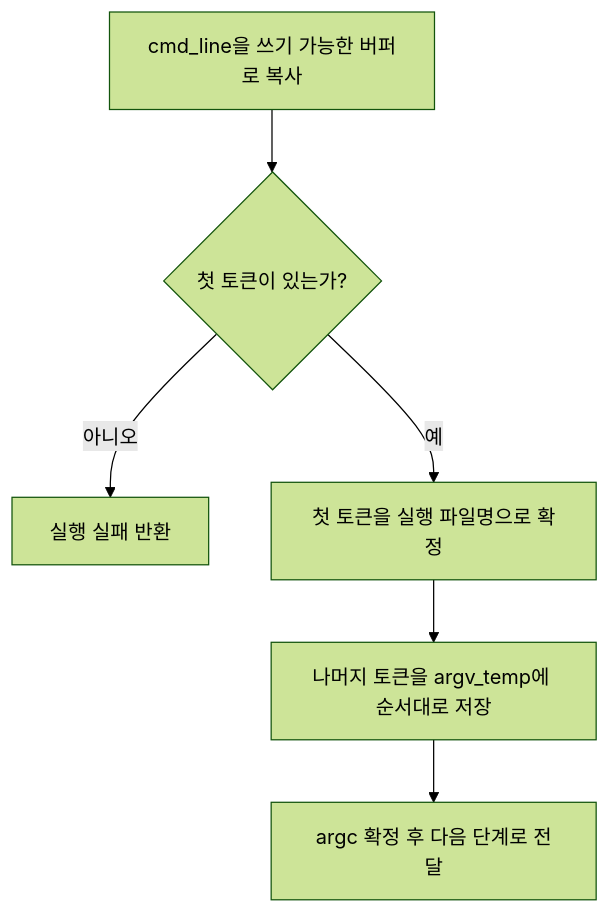
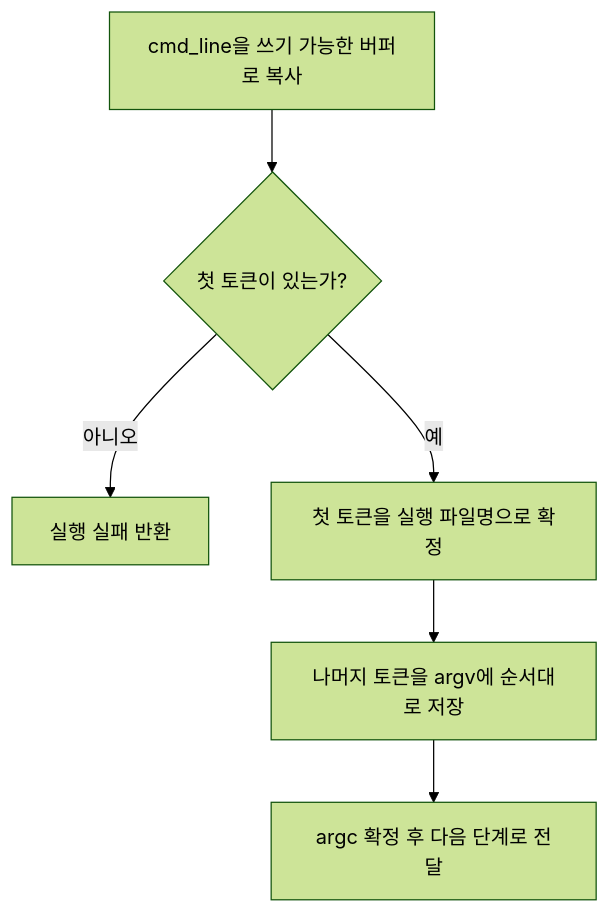
The diagram in pintos/doc/taejung_files/2. week2/study/2. test-notes/argument_passing/1. feature/02-feature-parse-command-line.md (tail1887/PINTOS-VM), drawn with Mermaid (forest theme) before and after one commit. The commit also changed other lines of this file and 3 other files, not shown here.

````diff
--- a/pintos/doc/taejung_files/2. week2/study/2. test-notes/argument_passing/1. feature/02-feature-parse-command-line.md
+++ b/pintos/doc/taejung_files/2. week2/study/2. test-notes/argument_passing/1. feature/02-feature-parse-command-line.md
@@ -23,8 +23,8 @@
 ```mermaid
 flowchart TD
   copy_buf[cmd_line을 쓰기 가능한 버퍼로 복사] --> has_token{첫 토큰이 있는가?}
   has_token -- 아니오 --> fail_return[실행 실패 반환]
   has_token -- 예 --> set_progname[첫 토큰을 실행 파일명으로 확정]
-  set_progname --> save_args[나머지 토큰을 argv_temp에 순서대로 저장]
+  set_progname --> save_args[나머지 토큰을 argv에 순서대로 저장]
   save_args --> finalize_argc[argc 확정 후 다음 단계로 전달]
 ```
````
